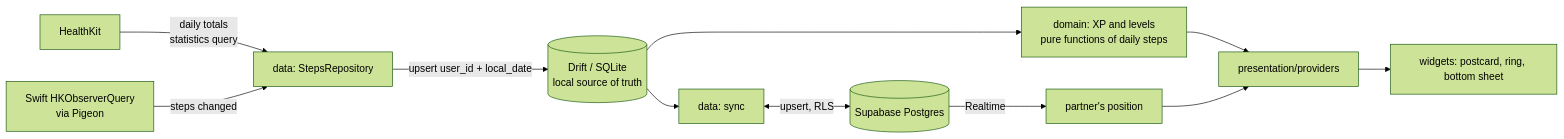
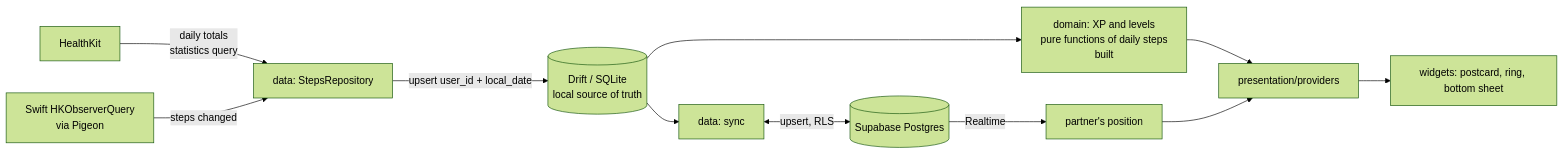
One commit to korotinmain/shlyakh-app changed the diagram in docs/ARCHITECTURE.md. Above: the diagram before and after it, drawn with Mermaid (forest theme). The commit also changed other lines of this file and 8 other files, not shown here.

````diff
--- a/docs/ARCHITECTURE.md
+++ b/docs/ARCHITECTURE.md
@@ -66,13 +69,13 @@
 ```mermaid
 flowchart LR
   HK[HealthKit] -->|daily totals<br/>statistics query| SR[data: StepsRepository]
   OBS[Swift HKObserverQuery<br/>via Pigeon] -->|"steps changed"| SR
   SR -->|upsert user_id + local_date| DB[(Drift / SQLite<br/>local source of truth)]
-  DB --> XP[domain: XP and levels<br/>pure functions of daily steps]
+  DB --> XP[domain: XP and levels<br/>pure functions of daily steps<br/>built]
   DB --> SYNC[data: sync]
   SYNC <-->|upsert, RLS| SB[(Supabase Postgres)]
   SB -->|Realtime| PARTNER[partner's position]
   XP --> P[presentation/providers]
   PARTNER --> P
   P --> UI[widgets: postcard, ring, bottom sheet]
 ```
````
